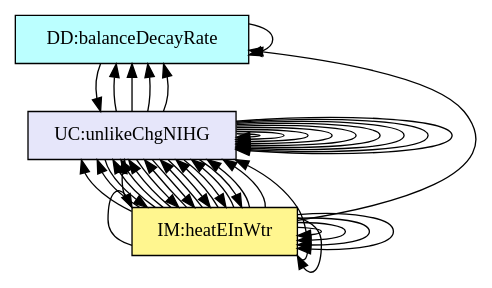
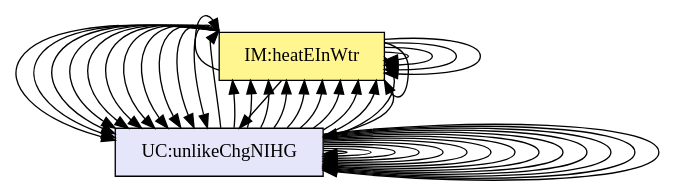
Before and after one commit to JacquesCarette/Drasil: the diagram in code/stable/swhsnopcm/TraceyGraph/allvsall.dot, drawn with Graphviz. The commit also changed 88 other files, not shown here.

Commit message:
Stabilizing to figure out where things are going awry

```diff
--- a/code/stable/swhsnopcm/TraceyGraph/allvsall.dot
+++ b/code/stable/swhsnopcm/TraceyGraph/allvsall.dot
@@ -1,137 +1,117 @@
 digraph allvsall {
-	dataDefn:wVol -> instance:assumpVCN;
-	dataDefn:wVol -> dataDefn:tankVol;
 	theory:consThermECS -> instance:assumpTEO;
 	theory:sensHeat -> instance:assumpWAL;
 	theory:nwtnCoolingTM -> instance:assumpHTCC;
 	theory:rocTempSimpRC -> instance:assumpCWTAT;
 	theory:rocTempSimpRC -> instance:assumpDWCoW;
 	theory:rocTempSimpRC -> instance:assumpSHECoW;
 	theory:rocTempSimpRC -> theory:consThermECS;
 	theory:rocTempSimpRC -> theory:rocTempSimpRC;
 	theory:htFluxC -> instance:assumpLCCCW;
 	theory:htFluxC -> instance:assumpTHCCoT;
 	theory:htFluxC -> theory:nwtnCoolingTM;
 	theory:eBalanceOnWtrRC -> instance:assumpWAL;
 	theory:eBalanceOnWtrRC -> instance:assumpPIT;
 	theory:eBalanceOnWtrRC -> instance:assumpNIHGBW;
-	theory:eBalanceOnWtrRC -> dataDefn:tauW;
 	theory:eBalanceOnWtrRC -> theory:rocTempSimpRC;
 	theory:eBalanceOnWtrRC -> theory:htFluxC;
 	theory:heatEInWtrIM -> instance:assumpWAL;
 	theory:heatEInWtrIM -> instance:assumpAPT;
 	theory:heatEInWtrIM -> theory:sensHeat;
-	instance:findMass -> dataDefn:wMass;
-	instance:findMass -> dataDefn:wVol;
-	instance:findMass -> dataDefn:tankVol;
 	instance:findMass -> theory:eBalanceOnWtrRC;
 	instance:findMass -> instance:inputValues;
-	instance:outputInputDerivVals -> dataDefn:tauW;
+	instance:outputInputDerivVals -> instance:findMass;
+	instance:outputInputDerivVals -> instance:inputValues;
+	instance:outputInputDerivVals -> instance:findMass;
+	instance:calcValues -> theory:eBalanceOnWtrRC;
+	instance:calcValues -> theory:heatEInWtrIM;
+	instance:outputValues -> theory:eBalanceOnWtrRC;
+	instance:outputValues -> theory:heatEInWtrIM;
+	instance:findMass -> theory:eBalanceOnWtrRC;
+	instance:findMass -> instance:inputValues;
+	instance:outputInputDerivVals -> instance:findMass;
 	instance:outputInputDerivVals -> instance:inputValues;
 	instance:outputInputDerivVals -> instance:findMass;
 	instance:calcValues -> theory:eBalanceOnWtrRC;
 	instance:calcValues -> theory:heatEInWtrIM;
 	instance:outputValues -> theory:eBalanceOnWtrRC;
 	instance:outputValues -> theory:heatEInWtrIM;
 	instance:likeChgTCVOD -> instance:assumpTHCCoT;
 	instance:likeChgTCVOL -> instance:assumpTHCCoL;
 	instance:likeChgDT -> instance:assumpCTNTD;
 	instance:likeChgTLH -> instance:assumpPIT;
 	instance:unlikeChgWFS -> instance:assumpWAL;
 	instance:unlikeChgNIHG -> instance:assumpNIHGBW;
 	instance:unlikeChgNIHG -> theory:eBalanceOnWtrRC;
 
 
 	instance:assumpTEO	[shape=box, color=black, style=filled, fillcolor=mistyrose, label="A:assumpTEO"];
 	instance:assumpHTCC	[shape=box, color=black, style=filled, fillcolor=mistyrose, label="A:assumpHTCC"];
 	instance:assumpCWTAT	[shape=box, color=black, style=filled, fillcolor=mistyrose, label="A:assumpCWTAT"];
 	instance:assumpDWCoW	[shape=box, color=black, style=filled, fillcolor=mistyrose, label="A:assumpDWCoW"];
 	instance:assumpSHECoW	[shape=box, color=black, style=filled, fillcolor=mistyrose, label="A:assumpSHECoW"];
 	instance:assumpLCCCW	[shape=box, color=black, style=filled, fillcolor=mistyrose, label="A:assumpLCCCW"];
 	instance:assumpTHCCoT	[shape=box, color=black, style=filled, fillcolor=mistyrose, label="A:assumpTHCCoT"];
 	instance:assumpTHCCoL	[shape=box, color=black, style=filled, fillcolor=mistyrose, label="A:assumpTHCCoL"];
 	instance:assumpCTNTD	[shape=box, color=black, style=filled, fillcolor=mistyrose, label="A:assumpCTNTD"];
 	instance:assumpWAL	[shape=box, color=black, style=filled, fillcolor=mistyrose, label="A:assumpWAL"];
 	instance:assumpPIT	[shape=box, color=black, style=filled, fillcolor=mistyrose, label="A:assumpPIT"];
 	instance:assumpNIHGBW	[shape=box, color=black, style=filled, fillcolor=mistyrose, label="A:assumpNIHGBW"];
 	instance:assumpAPT	[shape=box, color=black, style=filled, fillcolor=mistyrose, label="A:assumpAPT"];
 	instance:assumpVCN	[shape=box, color=black, style=filled, fillcolor=mistyrose, label="A:assumpVCN"];
 
 	subgraph A {
 	rank="same"
 	{instance:assumpTEO, instance:assumpHTCC, instance:assumpCWTAT, instance:assumpDWCoW, instance:assumpSHECoW, instance:assumpLCCCW, instance:assumpTHCCoT, instance:assumpTHCCoL, instance:assumpCTNTD, instance:assumpWAL, instance:assumpPIT, instance:assumpNIHGBW, instance:assumpAPT, instance:assumpVCN}
 	}
 
-	dataDefn:wMass	[shape=box, color=black, style=filled, fillcolor=paleturquoise1, label="DD:waterMass"];
-	dataDefn:wVol	[shape=box, color=black, style=filled, fillcolor=paleturquoise1, label="DD:waterVolume.nopcm"];
-	dataDefn:tankVol	[shape=box, color=black, style=filled, fillcolor=paleturquoise1, label="DD:tankVolume"];
-	dataDefn:tauW	[shape=box, color=black, style=filled, fillcolor=paleturquoise1, label="DD:balanceDecayRate"];
-
-	subgraph DD {
-	rank="same"
-	{dataDefn:wMass, dataDefn:wVol, dataDefn:tankVol, dataDefn:tauW}
-	}
-
 	theory:consThermECS	[shape=box, color=black, style=filled, fillcolor=pink, label="TM:consThermE"];
 	theory:sensHeat	[shape=box, color=black, style=filled, fillcolor=pink, label="TM:sensHtE"];
 	theory:nwtnCoolingTM	[shape=box, color=black, style=filled, fillcolor=pink, label="TM:nwtnCooling"];
-
-	subgraph TM {
-	rank="same"
-	{theory:consThermECS, theory:sensHeat, theory:nwtnCoolingTM}
-	}
-
 	theory:rocTempSimpRC	[shape=box, color=black, style=filled, fillcolor=palegreen, label="GD:rocTempSimp"];
 	theory:htFluxC	[shape=box, color=black, style=filled, fillcolor=palegreen, label="GD:htFluxWaterFromCoil"];
-
-	subgraph GD {
-	rank="same"
-	{theory:rocTempSimpRC, theory:htFluxC}
-	}
-
 	theory:eBalanceOnWtrRC	[shape=box, color=black, style=filled, fillcolor=khaki1, label="IM:eBalanceOnWtr"];
 	theory:heatEInWtrIM	[shape=box, color=black, style=filled, fillcolor=khaki1, label="IM:heatEInWtr"];
-
-	subgraph IM {
-	rank="same"
-	{theory:eBalanceOnWtrRC, theory:heatEInWtrIM}
-	}
-
-	instance:inputValues	[shape=box, color=black, style=filled, fillcolor=ivory, label="FR:inputValues"];
 	instance:findMass	[shape=box, color=black, style=filled, fillcolor=ivory, label="FR:findMass"];
 	instance:checkWithPhysConsts	[shape=box, color=black, style=filled, fillcolor=ivory, label="FR:checkWithPhysConsts"];
 	instance:outputInputDerivVals	[shape=box, color=black, style=filled, fillcolor=ivory, label="FR:outputInputDerivVals"];
 	instance:calcValues	[shape=box, color=black, style=filled, fillcolor=ivory, label="FR:calcValues"];
 	instance:outputValues	[shape=box, color=black, style=filled, fillcolor=ivory, label="FR:outputValues"];
 	instance:correct	[shape=box, color=black, style=filled, fillcolor=ivory, label="NFR:correct"];
 	instance:verifiable	[shape=box, color=black, style=filled, fillcolor=ivory, label="NFR:verifiable"];
 	instance:understandable	[shape=box, color=black, style=filled, fillcolor=ivory, label="NFR:understandable"];
 	instance:reusable	[shape=box, color=black, style=filled, fillcolor=ivory, label="NFR:reusable"];
 	instance:maintainable	[shape=box, color=black, style=filled, fillcolor=ivory, label="NFR:maintainable"];
+	instance:inputValues	[shape=box, color=black, style=filled, fillcolor=ivory, label="FR:inputValues"];
+	instance:findMass	[shape=box, color=black, style=filled, fillcolor=ivory, label="FR:findMass"];
+	instance:checkWithPhysConsts	[shape=box, color=black, style=filled, fillcolor=ivory, label="FR:checkWithPhysConsts"];
+	instance:outputInputDerivVals	[shape=box, color=black, style=filled, fillcolor=ivory, label="FR:outputInputDerivVals"];
+	instance:calcValues	[shape=box, color=black, style=filled, fillcolor=ivory, label="FR:calcValues"];
+	instance:outputValues	[shape=box, color=black, style=filled, fillcolor=ivory, label="FR:outputValues"];
 
 	subgraph FR {
 	rank="same"
-	{instance:inputValues, instance:findMass, instance:checkWithPhysConsts, instance:outputInputDerivVals, instance:calcValues, instance:outputValues, instance:correct, instance:verifiable, instance:understandable, instance:reusable, instance:maintainable}
+	{instance:findMass, instance:checkWithPhysConsts, instance:outputInputDerivVals, instance:calcValues, instance:outputValues, instance:correct, instance:verifiable, instance:understandable, instance:reusable, instance:maintainable, instance:inputValues, instance:findMass, instance:checkWithPhysConsts, instance:outputInputDerivVals, instance:calcValues, instance:outputValues}
 	}
 
 	instance:waterTempGS	[shape=box, color=black, style=filled, fillcolor=darkgoldenrod1, label="GS:waterTempGS"];
 	instance:waterEnergyGS	[shape=box, color=black, style=filled, fillcolor=darkgoldenrod1, label="GS:waterEnergyGS"];
 
 	subgraph GS {
 	rank="same"
 	{instance:waterTempGS, instance:waterEnergyGS}
 	}
 
 	instance:likeChgTCVOD	[shape=box, color=black, style=filled, fillcolor=lavender, label="LC:likeChgTCVOD"];
 	instance:likeChgTCVOL	[shape=box, color=black, style=filled, fillcolor=lavender, label="LC:likeChgTCVOL"];
 	instance:likeChgDT	[shape=box, color=black, style=filled, fillcolor=lavender, label="LC:likeChgDT"];
 	instance:likeChgTLH	[shape=box, color=black, style=filled, fillcolor=lavender, label="LC:likeChgTLH"];
 	instance:unlikeChgWFS	[shape=box, color=black, style=filled, fillcolor=lavender, label="UC:unlikeChgWFS"];
 	instance:unlikeChgNIHG	[shape=box, color=black, style=filled, fillcolor=lavender, label="UC:unlikeChgNIHG"];
 
 	subgraph LC {
 	rank="same"
 	{instance:likeChgTCVOD, instance:likeChgTCVOL, instance:likeChgDT, instance:likeChgTLH, instance:unlikeChgWFS, instance:unlikeChgNIHG}
 	}
 
 }
```
